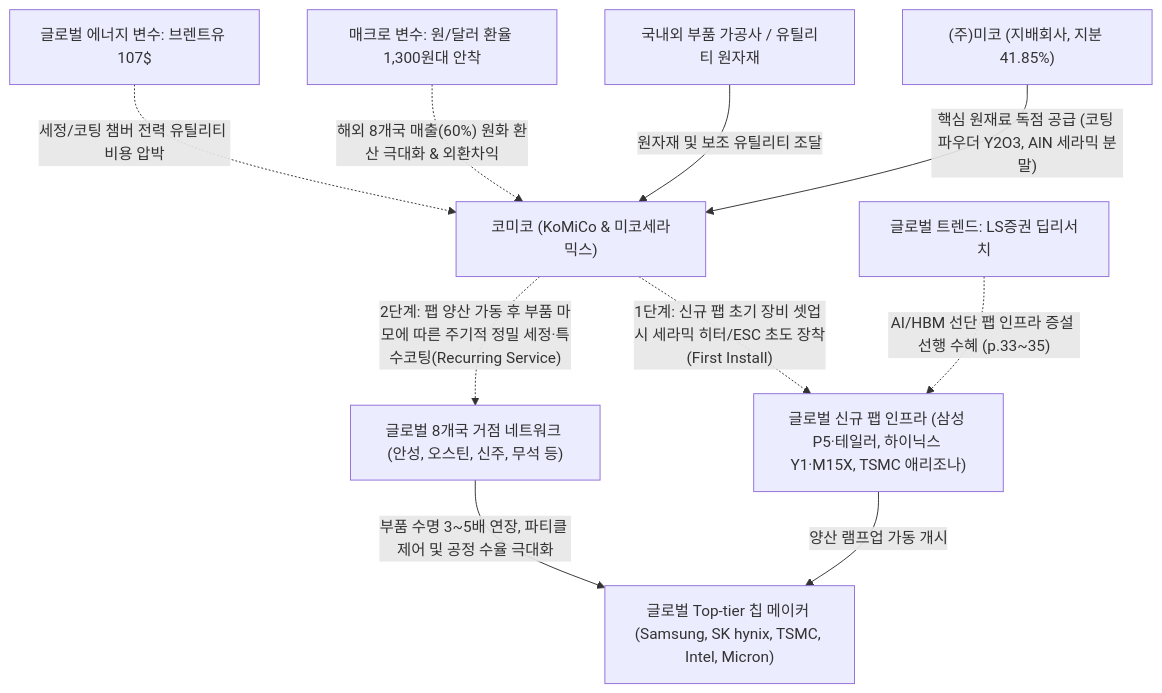
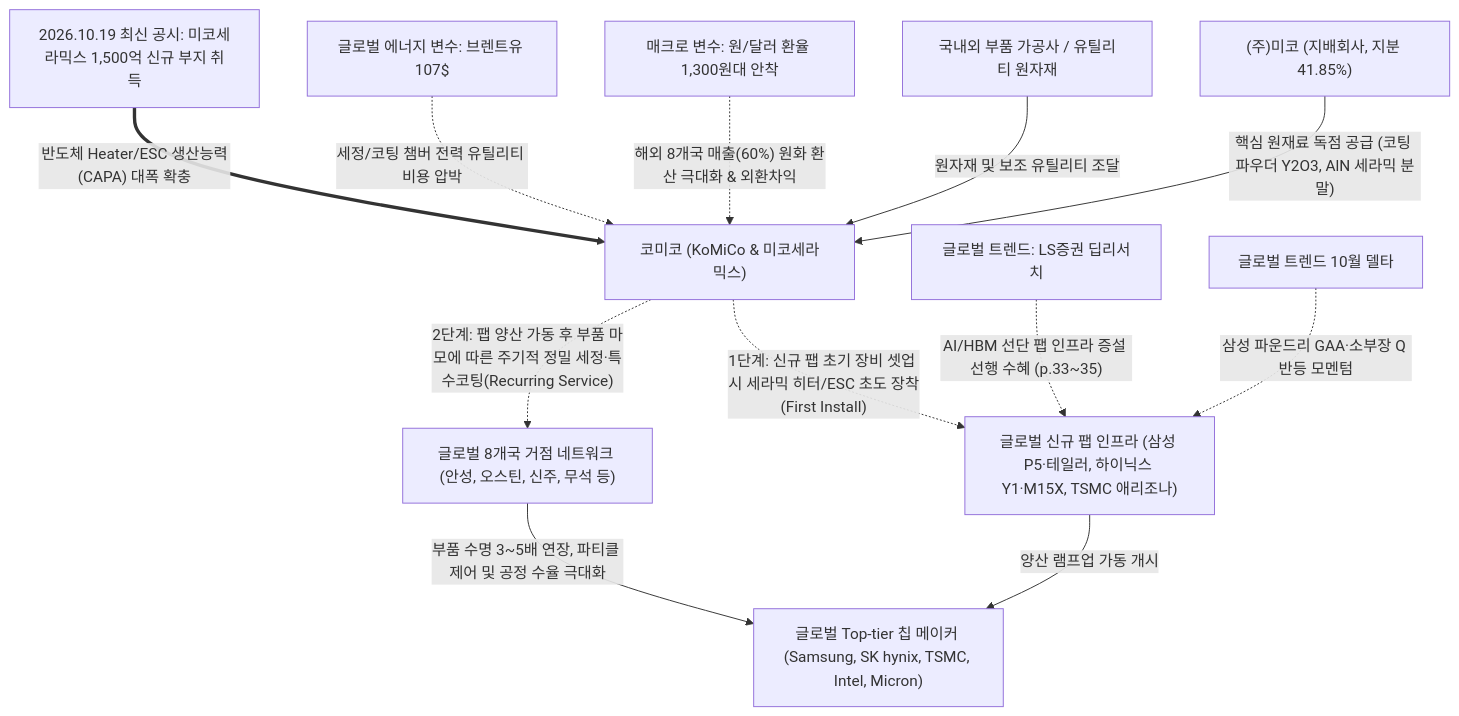
Before and after one commit to eve830521-cmd/my-skill: the diagram in Stock_Research/코미코/3_Final_Reports/Phase1_Report.md, drawn with Mermaid. The commit also changed other lines of this file and 96 other files, not shown here.

````diff
--- a/Stock_Research/코미코/3_Final_Reports/Phase1_Report.md
+++ b/Stock_Research/코미코/3_Final_Reports/Phase1_Report.md
@@ -20,12 +34,14 @@
 ```mermaid
 graph TD
     A["(주)미코 (지배회사, 지분 41.85%)"] -->|"핵심 원재료 독점 공급 (코팅 파우더 Y2O3, AlN 세라믹 분말)"| B["코미코 (KoMiCo & 미코세라믹스)"]
     C["국내외 부품 가공사 / 유틸리티 원자재"] -->|"원자재 및 보조 유틸리티 조달"| B
     FX["매크로 변수: 원/달러 환율 1,300원대 안착"] -. "해외 8개국 매출(60%) 원화 환산 극대화 & 외환차익" .-> B
     OIL["글로벌 에너지 변수: 브렌트유 107$"] -. "세정/코팅 챔버 전력 유틸리티 비용 압박" .-> B
+    CAPEX["2026.10.19 최신 공시: 미코세라믹스 1,500억 신규 부지 취득"] ==>|"반도체 Heater/ESC 생산능력(CAPA) 대폭 확충"| B
     GT_LS["글로벌 트렌드: LS증권 딥리서치"] -. "AI/HBM 선단 팹 인프라 증설 선행 수혜 (p.33~35)" .-> D
+    GT_OCT["글로벌 트렌드 10월 델타"] -. "삼성 파운드리 GAA·소부장 Q 반등 모멘텀" .-> D
     B -. "1단계: 신규 팹 초기 장비 셋업 시 세라믹 히터/ESC 초도 장착(First Install)" .-> D["글로벌 신규 팹 인프라 (삼성 P5·테일러, 하이닉스 Y1·M15X, TSMC 애리조나)"]
     B -. "2단계: 팹 양산 가동 후 부품 마모에 따른 주기적 정밀 세정·특수코팅(Recurring Service)" .-> E["글로벌 8개국 거점 네트워크 (안성, 오스틴, 신주, 무석 등)"]
     E -->|"부품 수명 3~5배 연장, 파티클 제어 및 공정 수율 극대화"| F["글로벌 Top-tier 칩 메이커 (Samsung, SK hynix, TSMC, Intel, Micron)"]
     D -->|"양산 램프업 가동 개시"| F
 ```
````
